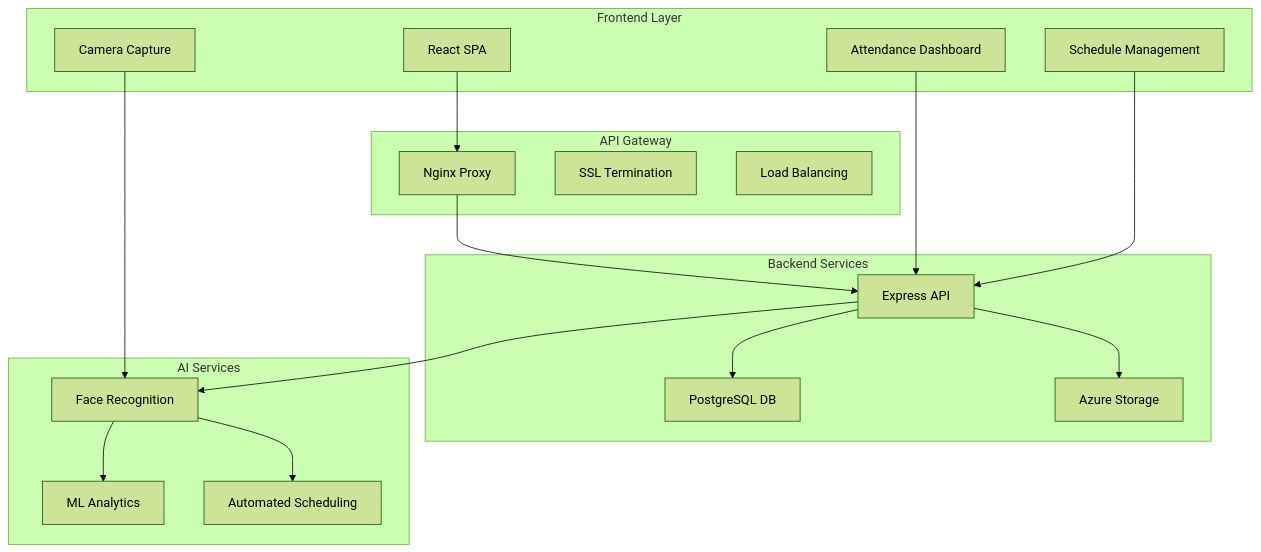
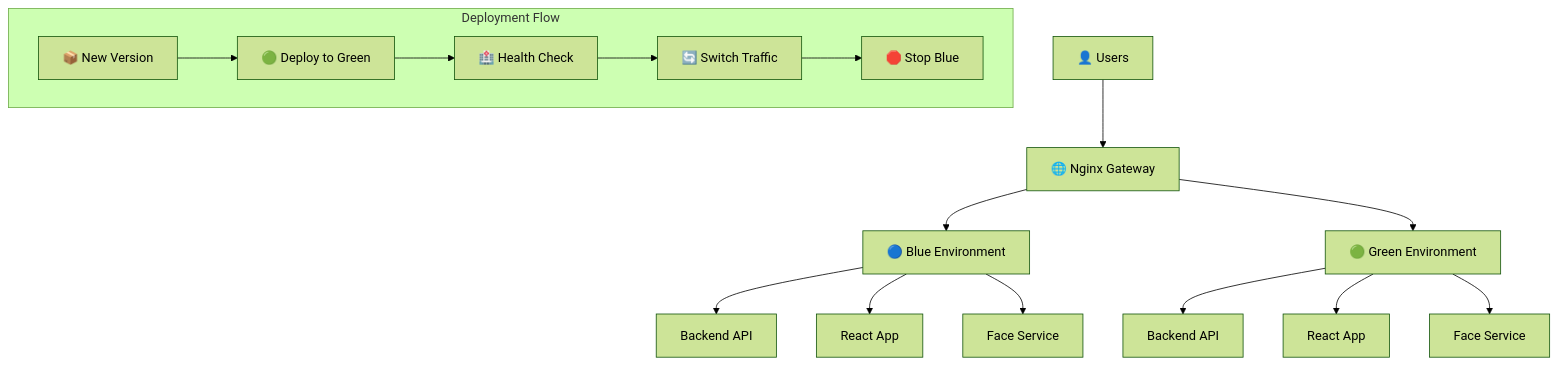
One commit to bayarmaa01/capstone1.1 changed the third of 3 diagrams in README.md. Above: the diagram before and after it, drawn with Mermaid (forest theme). The commit also changed other lines of this file, not shown here.

Commit message:
📚 Enhanced README with professional structure and visual diagrams

````diff
--- a/README.md
+++ b/README.md
@@ -102,39 +87,22 @@
 ```mermaid
-graph TB
-    subgraph "Frontend Layer"
-        A[React SPA]
-        B[Camera Capture]
-        C[Attendance Dashboard]
-        D[Schedule Management]
+graph TD
+    User[👤 Users] --> Nginx[🌐 Nginx Gateway]
+    
+    Nginx --> Blue[🔵 Blue Environment]
+    Nginx --> Green[🟢 Green Environment]
+    
+    Blue --> BlueBackend[Backend API]
+    Blue --> BlueFrontend[React App]
+    Blue --> BlueFace[Face Service]
+    
+    Green --> GreenBackend[Backend API]
+    Green --> GreenFrontend[React App]
+    Green --> GreenFace[Face Service]
+    
+    subgraph "Deployment Flow"
+        NewVersion[📦 New Version] --> GreenDeploy[🟢 Deploy to Green]
+        GreenDeploy --> HealthCheck[🏥 Health Check]
+        HealthCheck --> TrafficSwitch[🔄 Switch Traffic]
+        TrafficSwitch --> BlueStop[🛑 Stop Blue]
     end
-    
-    subgraph "API Gateway"
-        E[Nginx Proxy]
-        F[SSL Termination]
-        G[Load Balancing]
-    end
-    
-    subgraph "Backend Services"
-        H[Express API]
-        I[PostgreSQL DB]
-        J[Azure Storage]
-    end
-    
-    subgraph "AI Services"
-        K[Face Recognition]
-        L[ML Analytics]
-        M[Automated Scheduling]
-    end
-
-    A --> E
-    E --> H
-    H --> I
-    H --> J
-    H --> K
-    K --> L
-    K --> M
-    
-    B --> K
-    C --> H
-    D --> H
 ```
````
